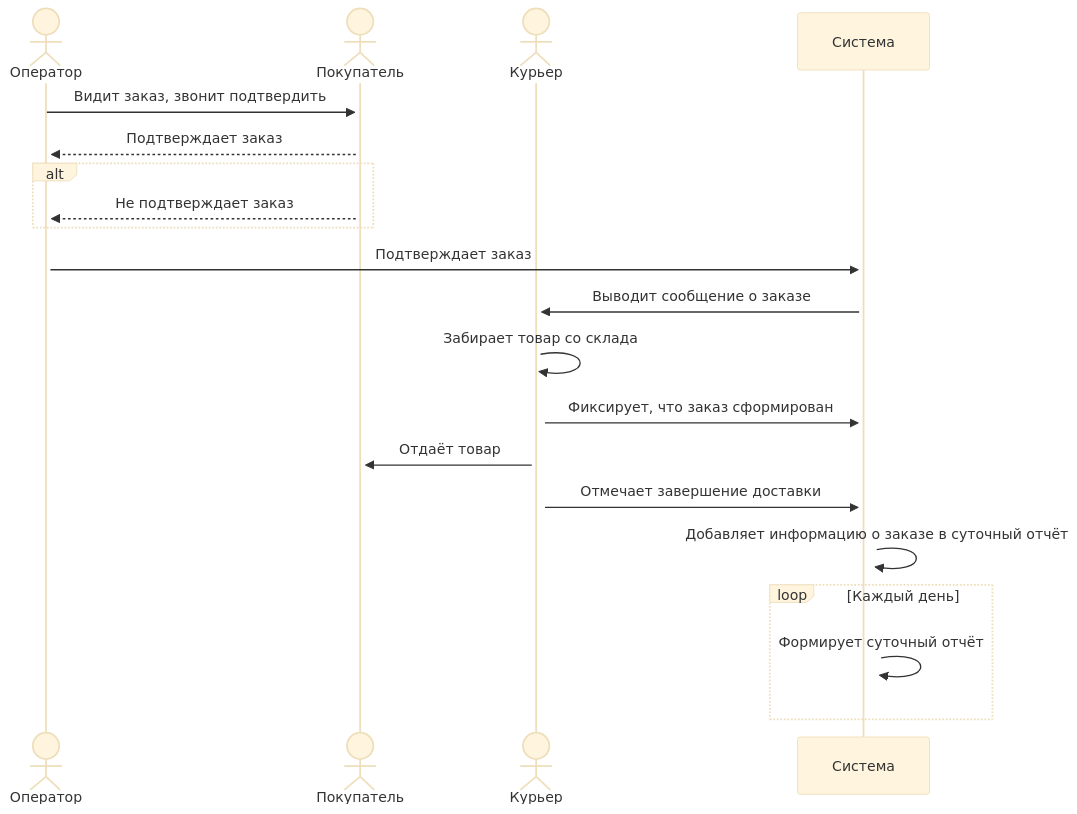
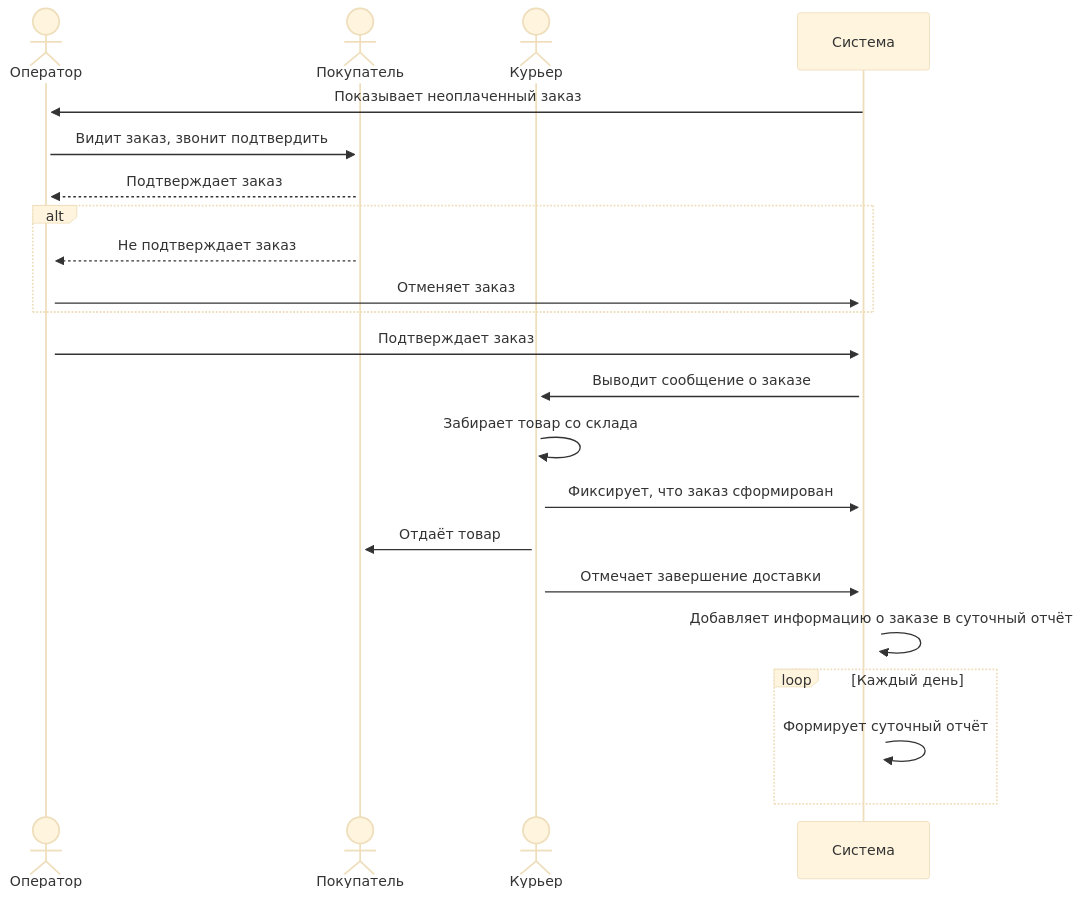
The third of 3 diagrams in Задание - Авария/Описание решения.md (mr-karpets/Portfolio), drawn with Mermaid (base theme) before and after one commit. The commit also changed other lines of this file, not shown here.

````diff
--- a/Задание - Авария/Описание решения.md
+++ b/Задание - Авария/Описание решения.md
@@ -68,23 +68,24 @@
 ```mermaid
 sequenceDiagram
     actor C as Оператор
     actor A as Покупатель
     actor D as Курьер
     participant B as Система
+    B->>+C: Показывает неоплаченный заказ
     C->>+A: Видит заказ, звонит подтвердить
     A-->>+C: Подтверждает заказ
     alt
         A-->>C: Не подтверждает заказ
+        C->>+B: Отменяет заказ
     end 
-
     C->>+B: Подтверждает заказ
     B->>+D: Выводит сообщение о заказе
     D->>+D: Забирает товар со склада
     D->>+B: Фиксирует, что заказ сформирован
     D->>+A: Отдаёт товар
     D->>+B: Отмечает завершение доставки
     B->>+B: Добавляет информацию о заказе в суточный отчёт
     loop Каждый день
         B->>+B: Формирует суточный отчёт
     end
 ```
````
